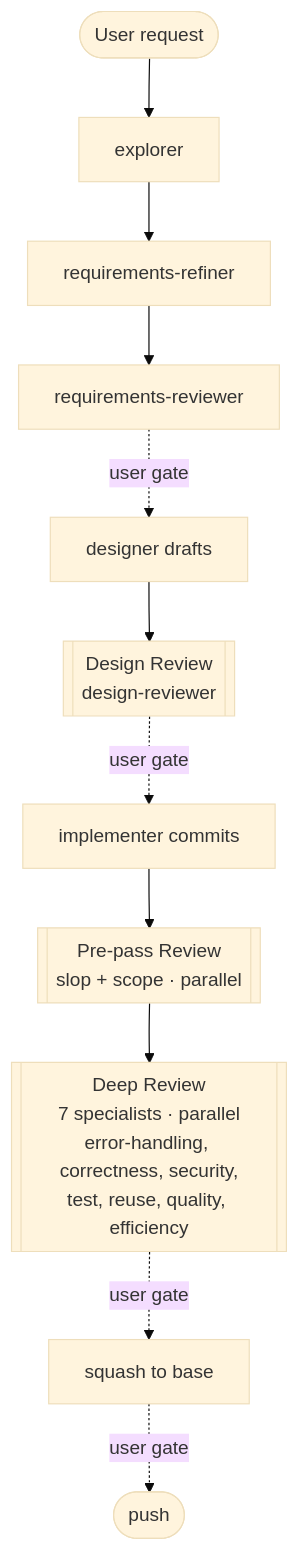
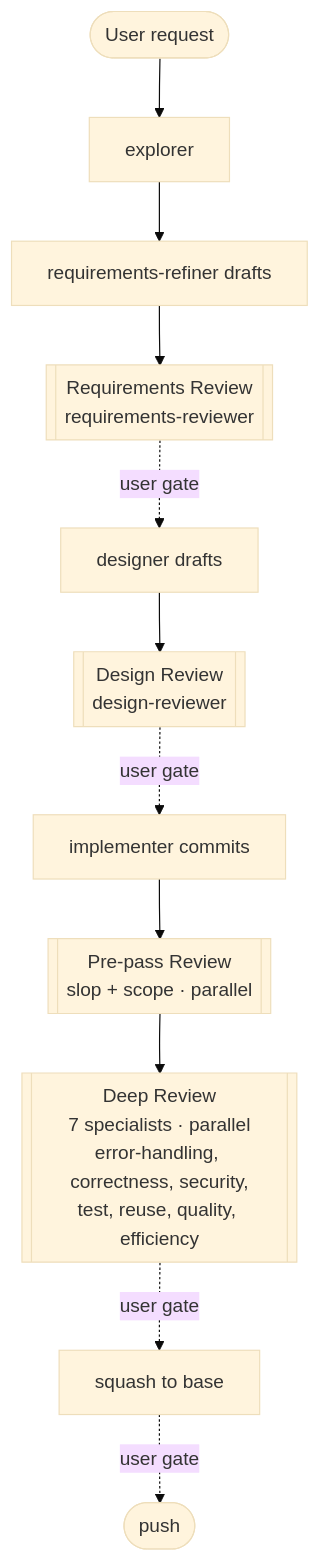
Before and after one commit to rnortman/claude-plugins: the first of 3 diagrams in README.md, drawn with Mermaid (base theme). The commit also changed other lines of this file and 9 other files, not shown here.

First line of the commit message:
Bump review-chain to 0.1.12: close the loop on requirements review

````diff
--- a/README.md
+++ b/README.md
@@ -24,13 +24,13 @@
 ```mermaid
 flowchart TD
     user([User request]) --> ex[explorer]
-    ex --> rr[requirements-refiner]
-    rr --> rrev[requirements-reviewer]
+    ex --> rr[requirements-refiner drafts]
+    rr --> rrev[[Requirements Review<br/>requirements-reviewer]]
     rrev -. user gate .-> d[designer drafts]
     d --> dr[[Design Review<br/>design-reviewer]]
     dr -. user gate .-> impl[implementer commits]
     impl --> pp[[Pre-pass Review<br/>slop + scope · parallel]]
     pp --> dp[[Deep Review<br/>7 specialists · parallel<br/>error-handling, correctness, security,<br/>test, reuse, quality, efficiency]]
     dp -. user gate .-> sq[squash to base]
     sq -. user gate .-> push([push])
 ```
````
